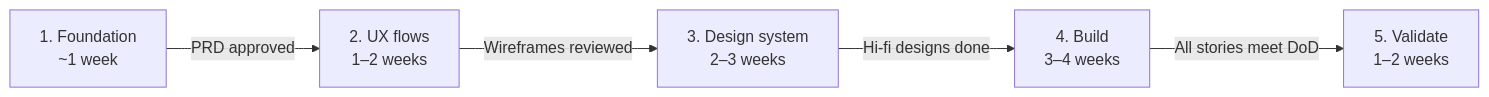
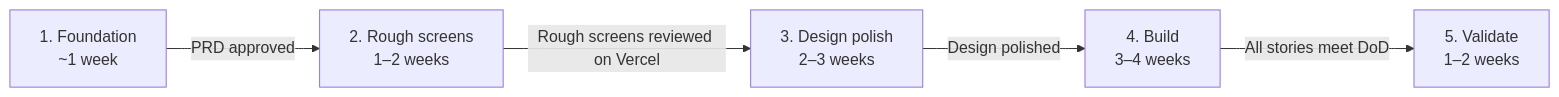
Before and after one commit to begovacamina-source/studio-ledger: the second of 2 diagrams in docs/PRD.md, drawn with Mermaid. The commit also changed other lines of this file and 3 other files, not shown here.

First line of the commit message:
Switch to shadcn/ui design system and Vercel previews

````diff
--- a/docs/PRD.md
+++ b/docs/PRD.md
@@ -411,7 +416,7 @@
 ```mermaid
 flowchart LR
-  P1["1. Foundation<br/>~1 week"] -->|PRD approved| P2["2. UX flows<br/>1–2 weeks"]
-  P2 -->|Wireframes reviewed| P3["3. Design system<br/>2–3 weeks"]
-  P3 -->|Hi-fi designs done| P4["4. Build<br/>3–4 weeks"]
+  P1["1. Foundation<br/>~1 week"] -->|PRD approved| P2["2. Rough screens<br/>1–2 weeks"]
+  P2 -->|Rough screens reviewed on Vercel| P3["3. Design polish<br/>2–3 weeks"]
+  P3 -->|Design polished| P4["4. Build<br/>3–4 weeks"]
   P4 -->|All stories meet DoD| P5["5. Validate<br/>1–2 weeks"]
 ```
````
